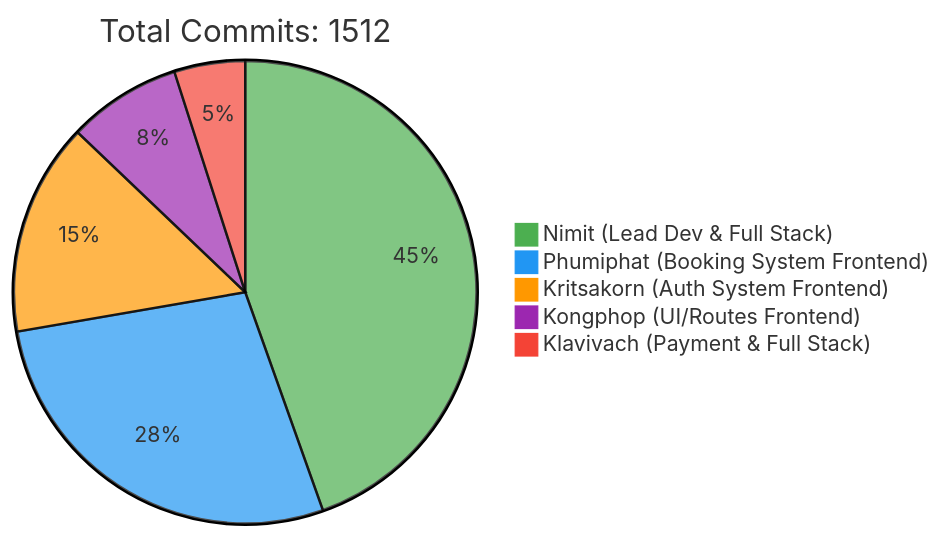
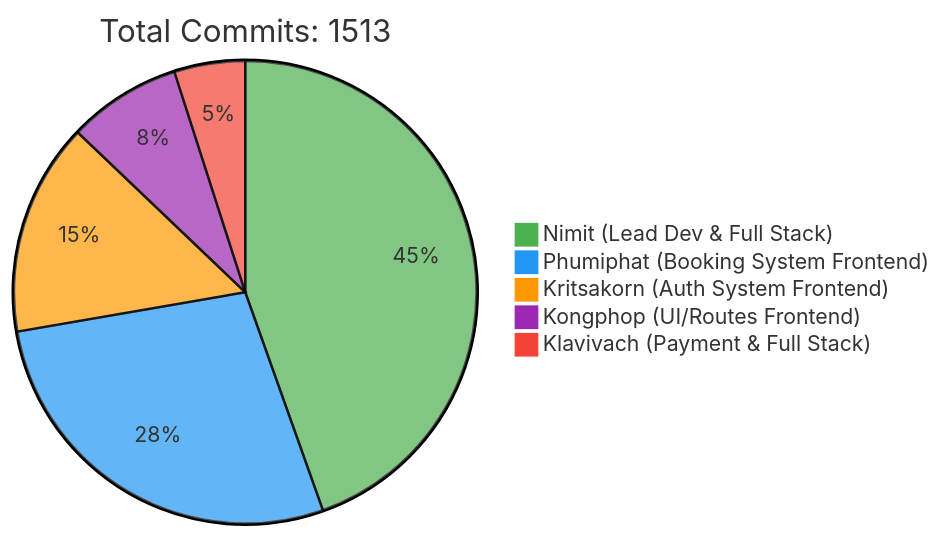
Before and after one commit to 6531503042/Sport-Complex: the first of 2 diagrams in README.md, drawn with Mermaid. The commit also changed other lines of this file, not shown here.

Commit message:
docs: Update contributor statistics [skip ci]

````diff
--- a/README.md
+++ b/README.md
@@ -257,10 +257,10 @@
 ```mermaid
 %%{init: {'theme': 'base', 'themeVariables': { 'pie1': '#4CAF50', 'pie2': '#2196F3', 'pie3': '#FF9800', 'pie4': '#9C27B0', 'pie5': '#F44336'}}}%%
 pie
-    title Total Commits: 1512
+    title Total Commits: 1513
     "Nimit (Lead Dev & Full Stack)" : 450
     "Phumiphat (Booking System Frontend)" : 280
     "Kritsakorn (Auth System Frontend)" : 150
     "Kongphop (UI/Routes Frontend)" : 80
     "Klavivach (Payment & Full Stack)" : 50
 ```
````
